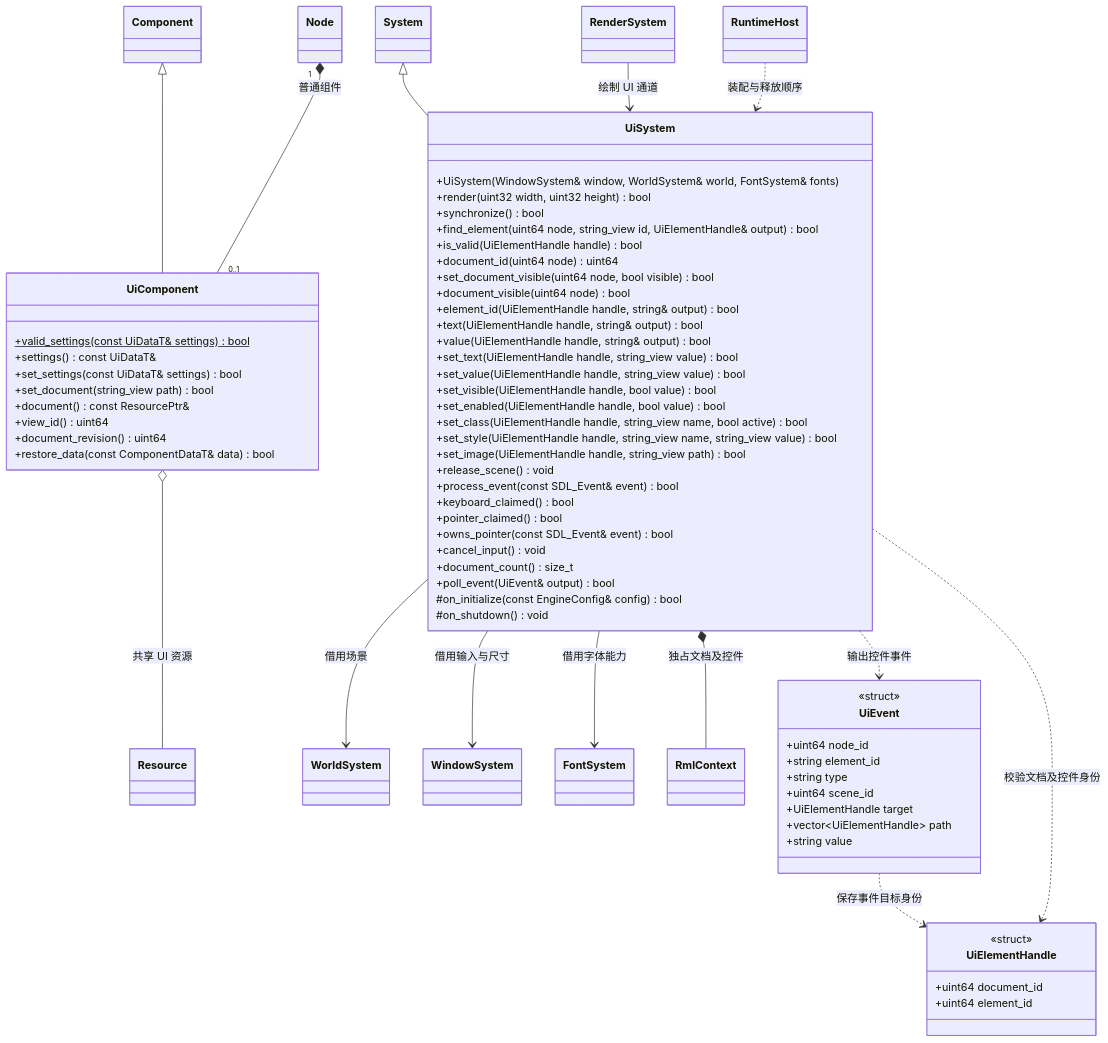
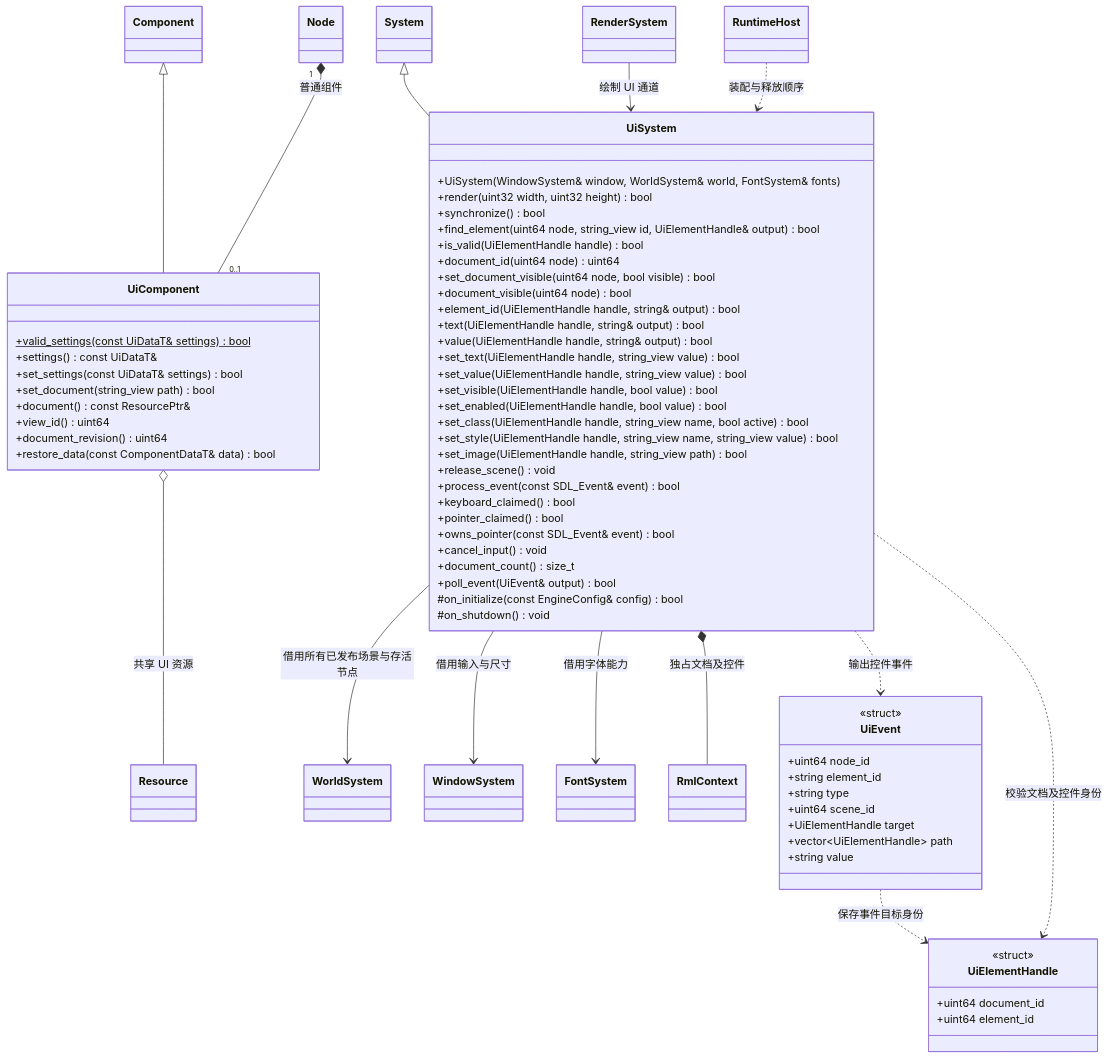
One commit to lcals/Engine changed the diagram in docs/runtime/class-diagrams/ui-system.md. Above: the diagram before and after it, drawn with Mermaid. The commit also changed other lines of this file and 98 other files, not shown here.

````diff
--- a/docs/runtime/class-diagrams/ui-system.md
+++ b/docs/runtime/class-diagrams/ui-system.md
@@ -8,71 +8,71 @@
 ```mermaid
 classDiagram
     class UiComponent {
         +valid_settings(const UiDataT& settings)$ bool
         +settings() const UiDataT&
         +set_settings(const UiDataT& settings) bool
         +set_document(string_view path) bool
         +document() const ResourcePtr&
         +view_id() uint64
         +document_revision() uint64
         +restore_data(const ComponentDataT& data) bool
     }
     class UiSystem {
         +UiSystem(WindowSystem& window, WorldSystem& world, FontSystem& fonts)
         +render(uint32 width, uint32 height) bool
         +synchronize() bool
         +find_element(uint64 node, string_view id, UiElementHandle& output) bool
         +is_valid(UiElementHandle handle) bool
         +document_id(uint64 node) uint64
         +set_document_visible(uint64 node, bool visible) bool
         +document_visible(uint64 node) bool
         +element_id(UiElementHandle handle, string& output) bool
         +text(UiElementHandle handle, string& output) bool
         +value(UiElementHandle handle, string& output) bool
         +set_text(UiElementHandle handle, string_view value) bool
         +set_value(UiElementHandle handle, string_view value) bool
         +set_visible(UiElementHandle handle, bool value) bool
         +set_enabled(UiElementHandle handle, bool value) bool
         +set_class(UiElementHandle handle, string_view name, bool active) bool
         +set_style(UiElementHandle handle, string_view name, string_view value) bool
         +set_image(UiElementHandle handle, string_view path) bool
         +release_scene() void
         +process_event(const SDL_Event& event) bool
         +keyboard_claimed() bool
         +pointer_claimed() bool
         +owns_pointer(const SDL_Event& event) bool
         +cancel_input() void
         +document_count() size_t
         +poll_event(UiEvent& output) bool
         #on_initialize(const EngineConfig& config) bool
         #on_shutdown() void
     }
     class UiEvent {
         <<struct>>
         +uint64 node_id
         +string element_id
         +string type
         +uint64 scene_id
         +UiElementHandle target
         +vector~UiElementHandle~ path
         +string value
     }
     class UiElementHandle {
         <<struct>>
         +uint64 document_id
         +uint64 element_id
     }
     System <|-- UiSystem
     Component <|-- UiComponent
     Node "1" *-- "0..1" UiComponent : 普通组件
     UiComponent o-- Resource : 共享 UI 资源
-    UiSystem --> WorldSystem : 借用场景
+    UiSystem --> WorldSystem : 借用所有已发布场景与存活节点
     UiSystem --> WindowSystem : 借用输入与尺寸
     UiSystem --> FontSystem : 借用字体能力
     UiSystem *-- RmlContext : 独占文档及控件
     UiSystem ..> UiEvent : 输出控件事件
     UiSystem ..> UiElementHandle : 校验文档及控件身份
     UiEvent ..> UiElementHandle : 保存事件目标身份
     RenderSystem --> UiSystem : 绘制 UI 通道
     RuntimeHost ..> UiSystem : 装配与释放顺序
 ```
````
